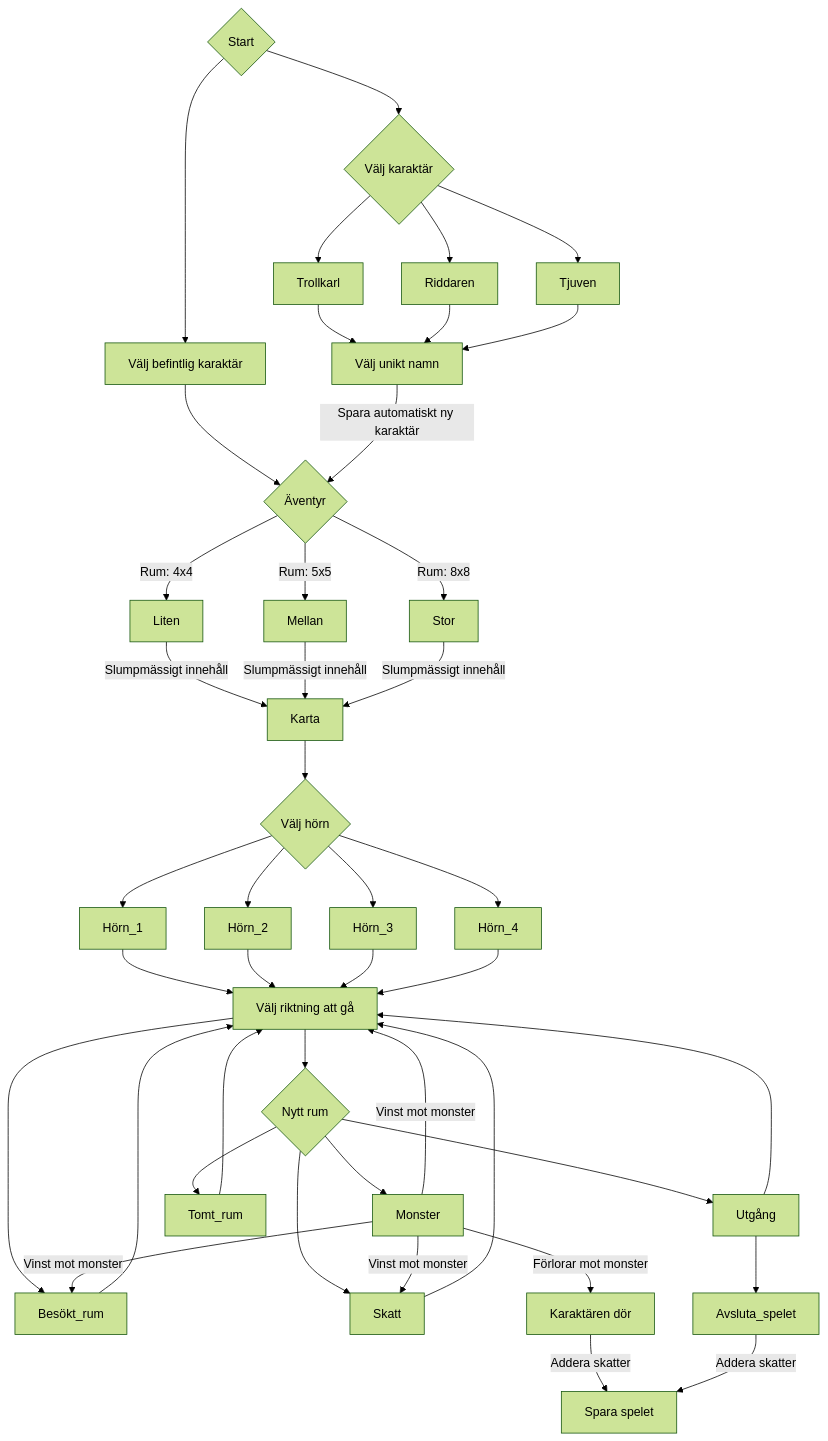
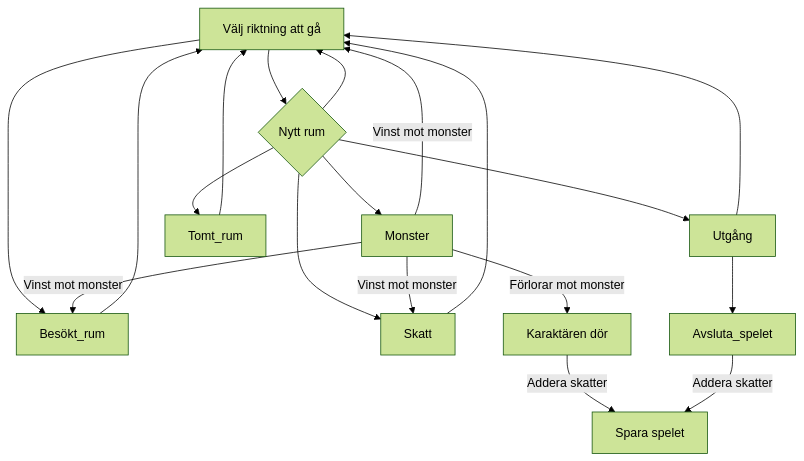
Before and after one commit to MarioKhalaf/Lag-2: the third of 5 diagrams in dungeon_run_sequence_diagram.md, drawn with Mermaid (forest theme). The commit also changed other lines of this file, not shown here.

Commit message:
New changes graph

````diff
--- a/dungeon_run_sequence_diagram.md
+++ b/dungeon_run_sequence_diagram.md
@@ -7,46 +42,22 @@
 ```mermaid
 graph TD
-    Start{Start} --> Välj_karta{Välj karaktär}
-    Start --> Välj_befintlig_karaktär[Välj befintlig karaktär]
-    Välj_befintlig_karaktär --> Äventyr
-    Välj_karta --> Trollkarl
-    Välj_karta --> Riddaren
-    Välj_karta --> Tjuven
-    Trollkarl --> Välj_namn[Välj unikt namn]
-    Riddaren --> Välj_namn
-    Tjuven --> Välj_namn
-    Välj_namn --> |Spara automatiskt ny karaktär|Äventyr{Äventyr}
-    Äventyr --> |Rum: 4x4|Liten
-    Äventyr --> |Rum: 5x5|Mellan
-    Äventyr --> |Rum: 8x8|Stor
-    Liten --> |Slumpmässigt innehåll|Karta
-    Mellan --> |Slumpmässigt innehåll|Karta
-    Stor --> |Slumpmässigt innehåll|Karta
-    Karta --> Välj_hörn{Välj hörn}
-    Välj_hörn --> Hörn_1
-    Välj_hörn --> Hörn_2
-    Välj_hörn --> Hörn_3
-    Välj_hörn --> Hörn_4
-    Hörn_1 --> Riktning[Välj riktning att gå]
-    Hörn_2 --> Riktning
-    Hörn_3 --> Riktning
-    Hörn_4 --> Riktning
-    Riktning --> Nytt_rum{Nytt rum}
+    Riktning[Välj riktning att gå] --> Nytt_rum{Nytt rum}
+    Nytt_rum{Nytt rum}-->Riktning 
     Riktning --> Besökt_rum
     Nytt_rum --> Skatt
     Nytt_rum --> Monster
     Nytt_rum --> Utgång
     Nytt_rum --> Tomt_rum
     Monster --> |Vinst mot monster|Skatt 
     Monster --> |Vinst mot monster|Besökt_rum
     Monster --> |Vinst mot monster|Riktning
     Monster --> |Förlorar mot monster|Game_over[Karaktären dör]
     Skatt --> Riktning
     Game_over --> |Addera skatter|Spara_spelet
     Utgång --> Riktning
     Utgång --> Avsluta_spelet
     Avsluta_spelet --> |Addera skatter|Spara_spelet[Spara spelet]
     Besökt_rum --> Riktning
     Tomt_rum --> Riktning
 
 ```
````
